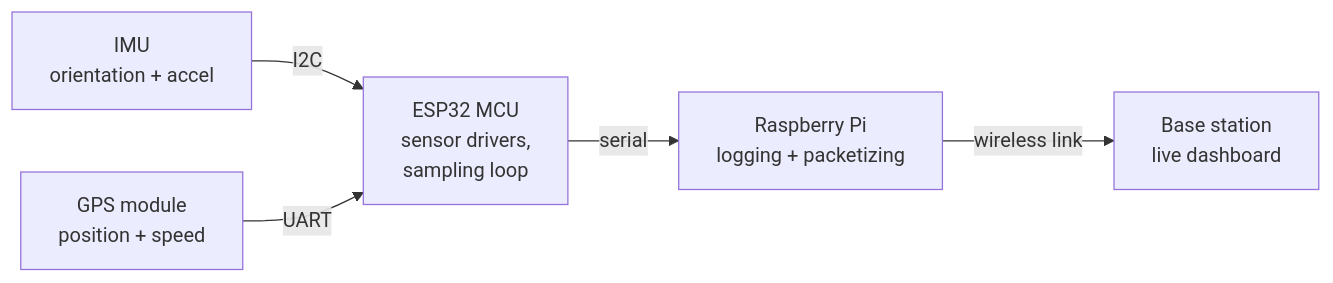
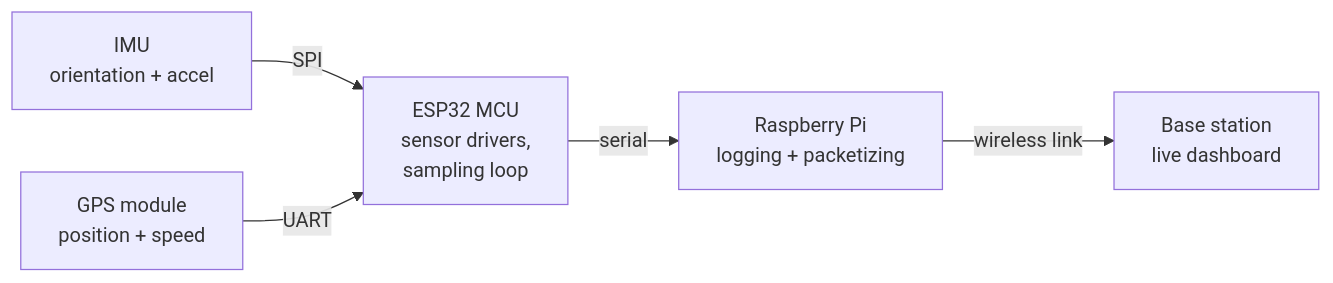
Before and after one commit to nirav1011/M25baja-daq-telemetry: the diagram in README.md, drawn with Mermaid. The commit also changed other lines of this file, not shown here.

````diff
--- a/README.md
+++ b/README.md
@@ -26,7 +26,7 @@
 ```mermaid
 flowchart LR
-    IMU["IMU<br/>orientation + accel"] -- I2C --> T["ESP32 MCU<br/>sensor drivers,<br/>sampling loop"]
+    IMU["IMU<br/>orientation + accel"] -- SPI --> T["ESP32 MCU<br/>sensor drivers,<br/>sampling loop"]
     GPS["GPS module<br/>position + speed"] -- UART --> T
     T -- serial --> PI["Raspberry Pi<br/>logging + packetizing"]
     PI -- wireless link --> ANT["Base station<br/>live dashboard"]
 ```
````
